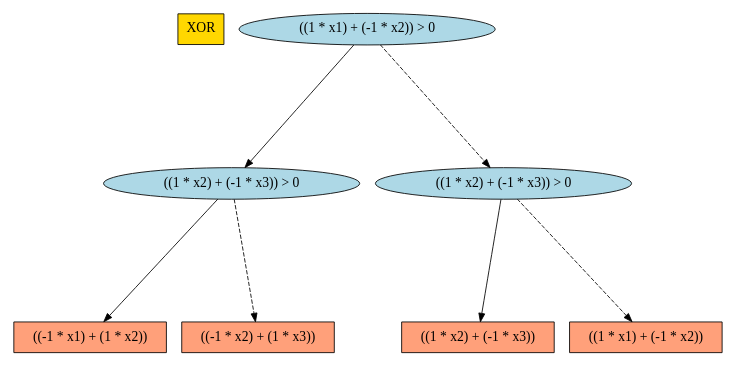
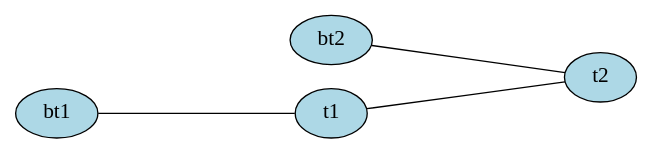
Before and after one commit to tonyyezj/xadd-inference: the diagram in tmp_viewer_file.dot, drawn with Graphviz. The commit also changed 5 other files, not shown here.

```diff
--- a/tmp_viewer_file.dot
+++ b/tmp_viewer_file.dot
@@ -1,19 +1,13 @@
-digraph G {
-	graph [fontname=Helvetica, fontsize=16, ratio=auto, size="7.5,10", ranksep="2.00"];
+graph G {
+	graph [overlap=false, fontname=Helvetica, fontsize=16, ratio=auto, size="7.5,10", rankdir=LR, ranksep="2.00"];
 	node [label="\N", fontsize=16];
-	graph [bb="0,0,694,400"];
-	_temp_ [label=XOR, fillcolor=gold1, color=black, shape=box, style=filled, pos="179,381", width="0.75", height="0.5"];
-	25 [label="((1 * x1) + (-1 * x2)) > 0", fillcolor=lightblue, color=black, shape=ellipse, style=filled, pos="346,381", width="3.3935", height="0.51069"];
-	15 [label="((1 * x2) + (-1 * x3)) > 0", fillcolor=lightblue, color=black, shape=ellipse, style=filled, pos="215,199", width="3.3935", height="0.51069"];
-	16 [label="((1 * x2) + (-1 * x3))", fillcolor=lightsalmon, color=black, shape=box, style=filled, pos="454,18", width="2.0556", height="0.5"];
-	17 [label="((1 * x1) + (-1 * x2))", fillcolor=lightsalmon, color=black, shape=box, style=filled, pos="620,18", width="2.0556", height="0.5"];
-	8 [label="((-1 * x1) + (1 * x2))", fillcolor=lightsalmon, color=black, shape=box, style=filled, pos="74,18", width="2.0556", height="0.5"];
-	20 [label="((1 * x2) + (-1 * x3)) > 0", fillcolor=lightblue, color=black, shape=ellipse, style=filled, pos="478,199", width="3.3935", height="0.51069"];
-	10 [label="((-1 * x2) + (1 * x3))", fillcolor=lightsalmon, color=black, shape=box, style=filled, pos="240,18", width="2.0556", height="0.5"];
-	25 -> 15 [color=black, style=solid, pos="e,227.66,217.39 333.2,362.41 309.96,330.47 260.72,262.81 233.7,225.7"];
-	25 -> 20 [color=black, style=dashed, pos="e,465.24,217.39 358.9,362.41 382.32,330.47 431.94,262.81 459.16,225.7"];
-	15 -> 8 [color=black, style=solid, pos="e,87.418,36.035 201.22,180.51 176.14,148.67 122.93,81.121 93.906,44.271"];
-	15 -> 10 [color=black, style=dashed, pos="e,237.62,36.035 217.44,180.51 221.82,149.2 231.01,83.39 236.21,46.163"];
-	20 -> 16 [color=black, style=solid, pos="e,456.28,36.035 475.66,180.51 471.46,149.2 462.63,83.39 457.64,46.163"];
-	20 -> 17 [color=black, style=dashed, pos="e,606.49,36.035 491.87,180.51 517.14,148.67 570.72,81.121 599.95,44.271"];
+	edge [fontsize=16];
+	graph [bb="0,0,131.31,181.67"];
+	bt2 [fillcolor=lightblue, color=black, shape=ellipse, style=filled, pos="27,18.385", width="0.75", height="0.51069"];
+	t1 [fillcolor=lightblue, color=black, shape=ellipse, style=filled, pos="77.01,115.47", width="0.75", height="0.51069"];
+	t2 [fillcolor=lightblue, color=black, shape=ellipse, style=filled, pos="59.27,63.154", width="0.75", height="0.51069"];
+	bt1 [fillcolor=lightblue, color=black, shape=ellipse, style=filled, pos="104.31,163.29", width="0.75", height="0.51069"];
+	bt2 -- t2 [pos="39.016,35.055 41.74,38.834 44.632,42.846 47.351,46.619"];
+	t1 -- t2 [pos="70.905,97.468 69.141,92.266 67.215,86.586 65.447,81.371"];
+	bt1 -- t1 [pos="94.455,146.02 92.012,141.74 89.391,137.16 86.944,132.87"];
 }
```
